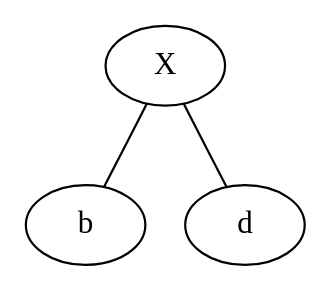
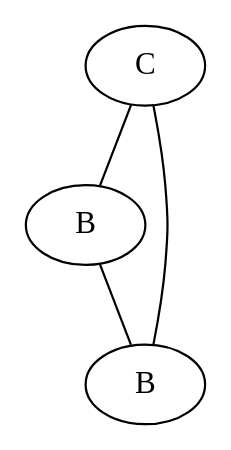
One commit to joannb1022/GraphTransformations changed the diagram in data/P2.dot. Above: the diagram before and after it, drawn with Graphviz. The commit also changed 26 other files, not shown here.

```diff
--- a/data/P2.dot
+++ b/data/P2.dot
@@ -1,7 +1,8 @@
-graph R {
-    r1 [label = "X"];
-    r2 [label = "b"];
-    r3 [label = "d"];
-    r1 -- r2;
-    r1 -- r3;
+graph RHS_2 {
+v1 -- v2;
+v2 -- v3;
+v3 -- v1;
+v1 [label="C"];
+v2 [label="B"];
+v3 [label="B"];
 }
```
